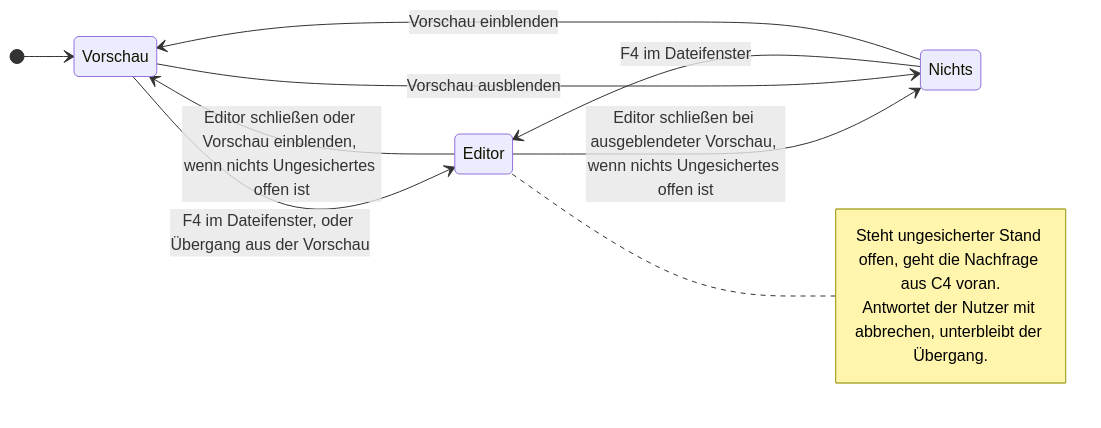
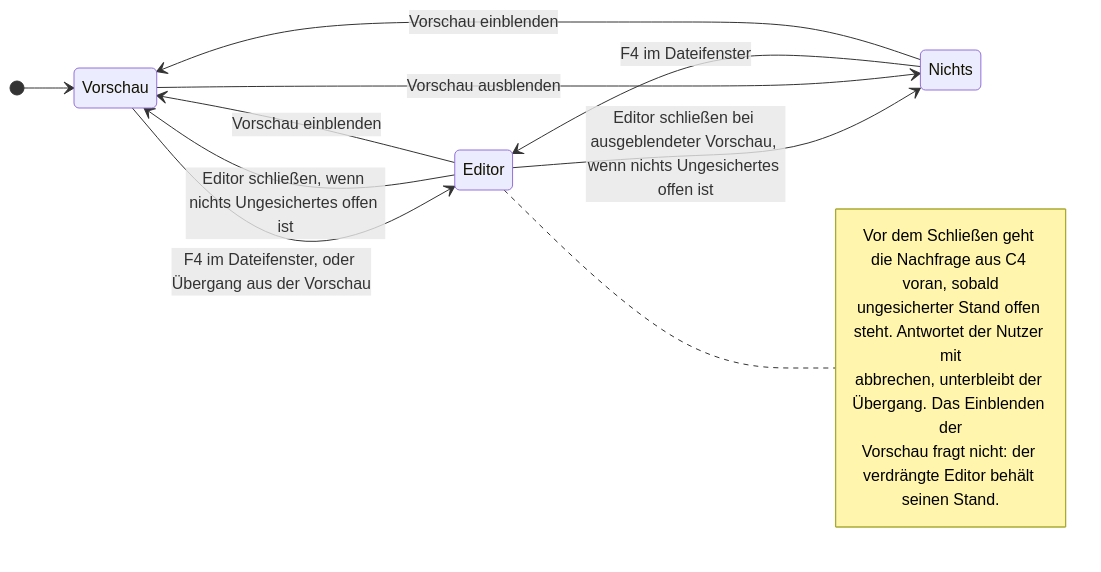
Before and after one commit to tenzoki/krk: the first of 6 diagrams in fusion-workbench/circles/260807-2116-eingebauter-editor-mit-textmarken/planning/260807-2147_o_spec-eingebauter-editor-mit-textmarken.md, drawn with Mermaid. The commit also changed other lines of this file and 9 other files, not shown here.

First line of the commit message:
feat(ui): aus vier Anlaessen der Nachfrage werden drei

````diff
--- a/fusion-workbench/circles/260807-2116-eingebauter-editor-mit-textmarken/planning/260807-2147_o_spec-eingebauter-editor-mit-textmarken.md
+++ b/fusion-workbench/circles/260807-2116-eingebauter-editor-mit-textmarken/planning/260807-2147_o_spec-eingebauter-editor-mit-textmarken.md
@@ -32,16 +32,19 @@
 ```mermaid
 stateDiagram-v2
   direction LR
   [*] --> Vorschau
   Vorschau --> Editor: F4 im Dateifenster, oder Übergang aus der Vorschau
   Nichts --> Editor: F4 im Dateifenster
-  Editor --> Vorschau: Editor schließen oder Vorschau einblenden, wenn nichts Ungesichertes offen ist
+  Editor --> Vorschau: Editor schließen, wenn nichts Ungesichertes offen ist
+  Editor --> Vorschau: Vorschau einblenden
   Editor --> Nichts: Editor schließen bei ausgeblendeter Vorschau, wenn nichts Ungesichertes offen ist
   Vorschau --> Nichts: Vorschau ausblenden
   Nichts --> Vorschau: Vorschau einblenden
 
   note right of Editor
-    Steht ungesicherter Stand offen, geht die Nachfrage aus C4 voran.
-    Antwortet der Nutzer mit abbrechen, unterbleibt der Übergang.
+    Vor dem Schließen geht die Nachfrage aus C4 voran, sobald
+    ungesicherter Stand offen steht. Antwortet der Nutzer mit
+    abbrechen, unterbleibt der Übergang. Das Einblenden der
+    Vorschau fragt nicht: der verdrängte Editor behält seinen Stand.
   end note
 ```
````
